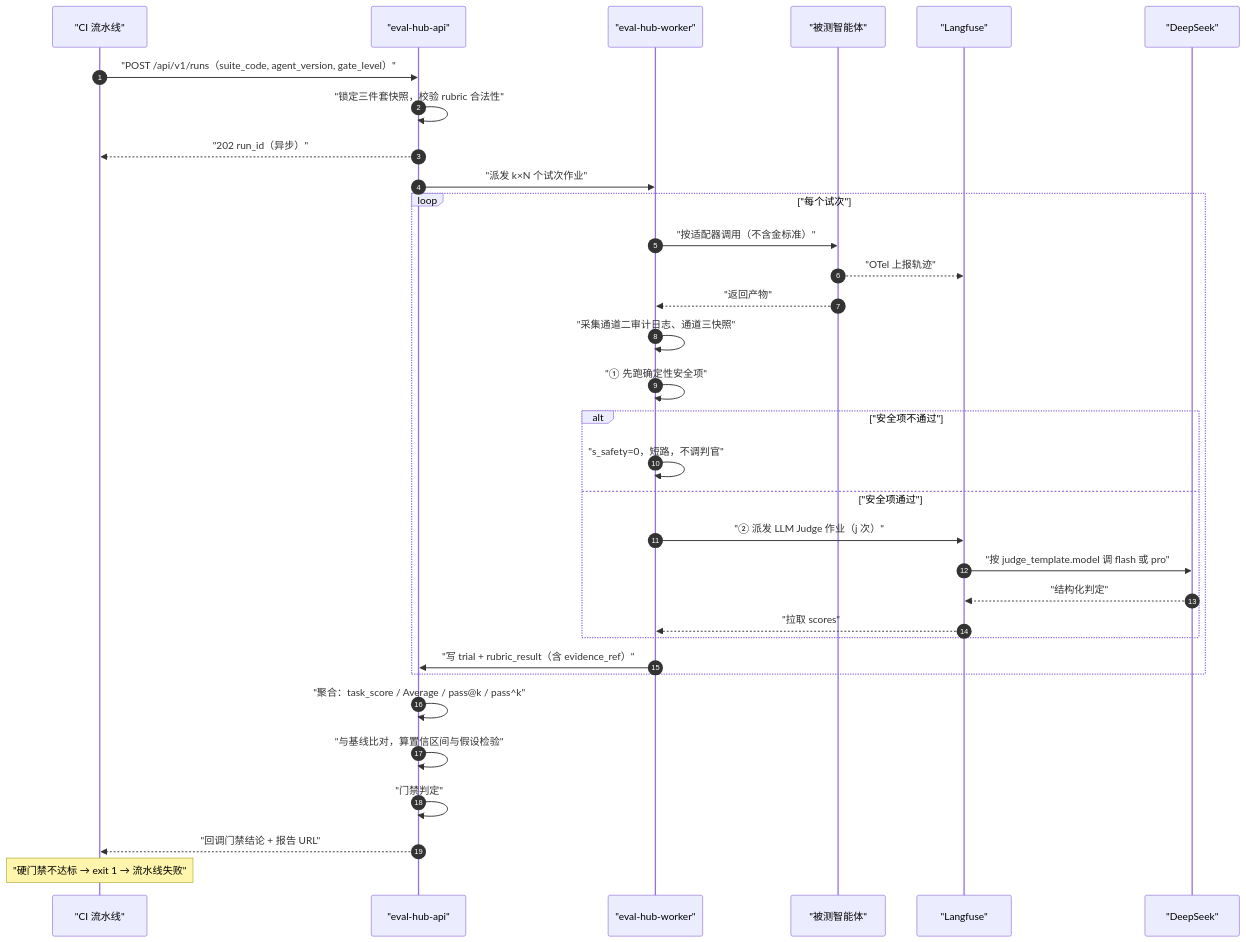
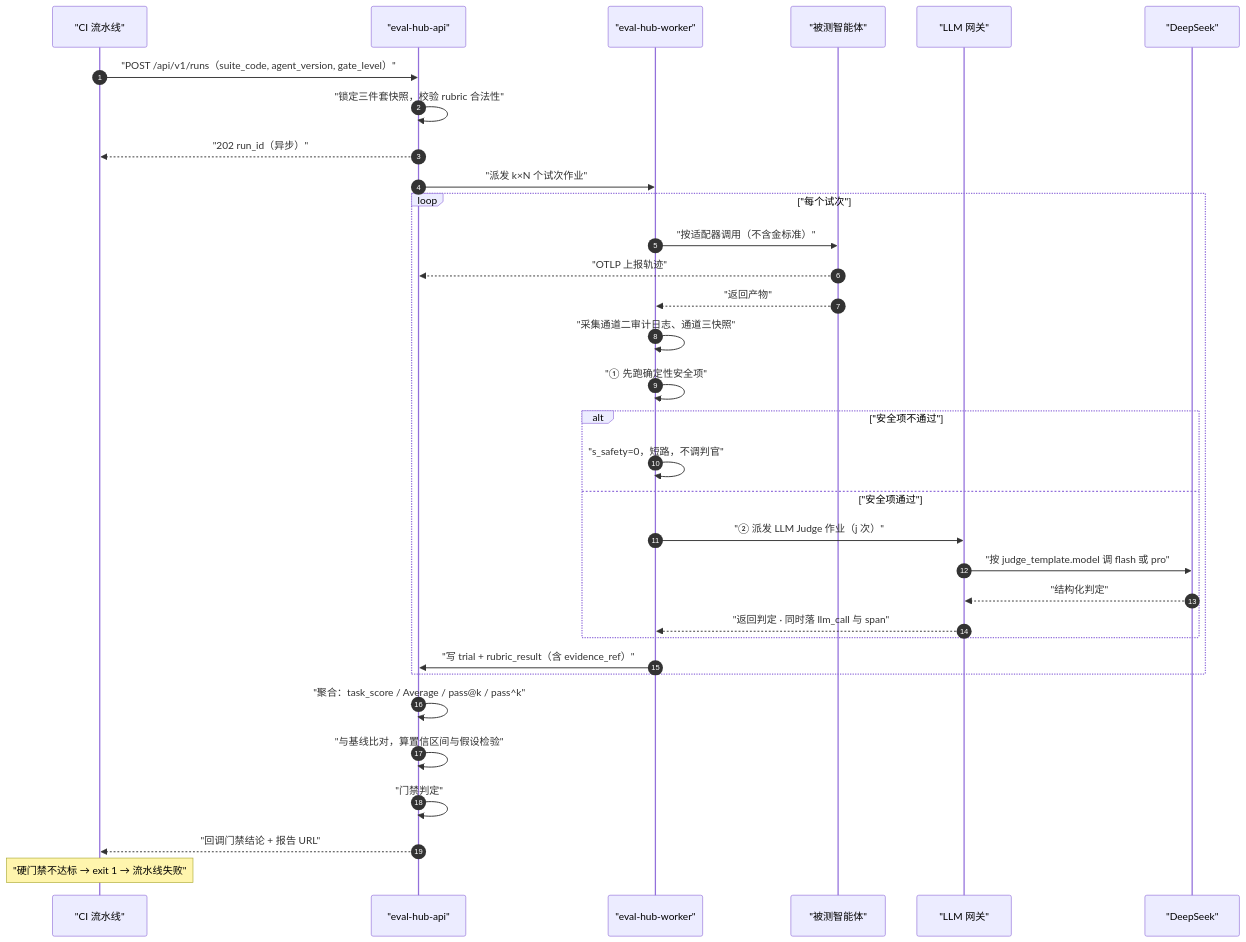
One commit to kuangaiyong/agent_evaluation changed the fourth of 4 diagrams in 平台PRD/智能体评测平台PRD.md. Above: the diagram before and after it, drawn with Mermaid. The commit also changed other lines of this file and 3 other files, not shown here.

````diff
--- a/平台PRD/智能体评测平台PRD.md
+++ b/平台PRD/智能体评测平台PRD.md
@@ -755,38 +826,38 @@
 ```mermaid
 sequenceDiagram
     autonumber
     participant CI as "CI 流水线"
     participant API as "eval-hub-api"
     participant WK as "eval-hub-worker"
     participant AG as "被测智能体"
-    participant LF as "Langfuse"
+    participant GW as "LLM 网关"
     participant DS as "DeepSeek"
 
     CI->>API: "POST /api/v1/runs（suite_code, agent_version, gate_level）"
     API->>API: "锁定三件套快照，校验 rubric 合法性"
     API-->>CI: "202 run_id（异步）"
     API->>WK: "派发 k×N 个试次作业"
 
     loop "每个试次"
         WK->>AG: "按适配器调用（不含金标准）"
-        AG-->>LF: "OTel 上报轨迹"
+        AG-->>API: "OTLP 上报轨迹"
         AG-->>WK: "返回产物"
         WK->>WK: "采集通道二审计日志、通道三快照"
         WK->>WK: "① 先跑确定性安全项"
         alt "安全项不通过"
             WK->>WK: "s_safety=0，短路，不调判官"
         else "安全项通过"
-            WK->>LF: "② 派发 LLM Judge 作业（j 次）"
-            LF->>DS: "按 judge_template.model 调 flash 或 pro"
-            DS-->>LF: "结构化判定"
-            LF-->>WK: "拉取 scores"
+            WK->>GW: "② 派发 LLM Judge 作业（j 次）"
+            GW->>DS: "按 judge_template.model 调 flash 或 pro"
+            DS-->>GW: "结构化判定"
+            GW-->>WK: "返回判定 · 同时落 llm_call 与 span"
         end
         WK->>API: "写 trial + rubric_result（含 evidence_ref）"
     end
 
     API->>API: "聚合：task_score / Average / pass@k / pass^k"
     API->>API: "与基线比对，算置信区间与假设检验"
     API->>API: "门禁判定"
     API-->>CI: "回调门禁结论 + 报告 URL"
     Note over CI: "硬门禁不达标 → exit 1 → 流水线失败"
 ```
````
